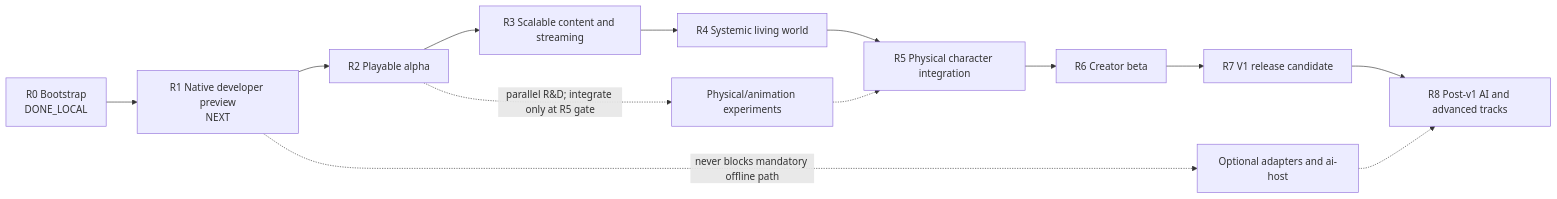
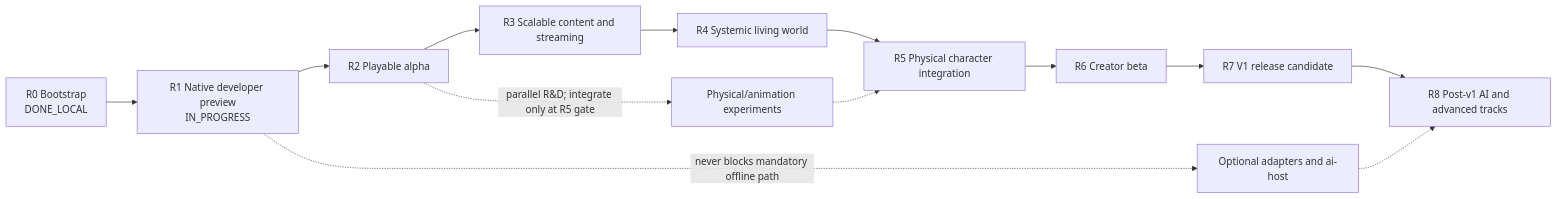
One commit to kaifaty/NextEngine changed the diagram in docs/roadmap.md. Above: the diagram before and after it, drawn with Mermaid. The commit also changed other lines of this file and 38 other files, not shown here.

````diff
--- a/docs/roadmap.md
+++ b/docs/roadmap.md
@@ -136,15 +136,15 @@
 ```mermaid
 flowchart LR
-    R0["R0 Bootstrap<br/>DONE_LOCAL"] --> R1["R1 Native developer preview<br/>NEXT"]
+    R0["R0 Bootstrap<br/>DONE_LOCAL"] --> R1["R1 Native developer preview<br/>IN_PROGRESS"]
     R1 --> R2["R2 Playable alpha"]
     R2 --> R3["R3 Scalable content and streaming"]
     R3 --> R4["R4 Systemic living world"]
     R4 --> R5["R5 Physical character integration"]
     R5 --> R6["R6 Creator beta"]
     R6 --> R7["R7 V1 release candidate"]
     R7 --> R8["R8 Post-v1 AI and advanced tracks"]
     R2 -. "parallel R&D; integrate only at R5 gate" .-> P["Physical/animation experiments"]
     P -.-> R5
     R1 -. "never blocks mandatory offline path" .-> O["Optional adapters and ai-host"]
     O -.-> R8
 ```
````
